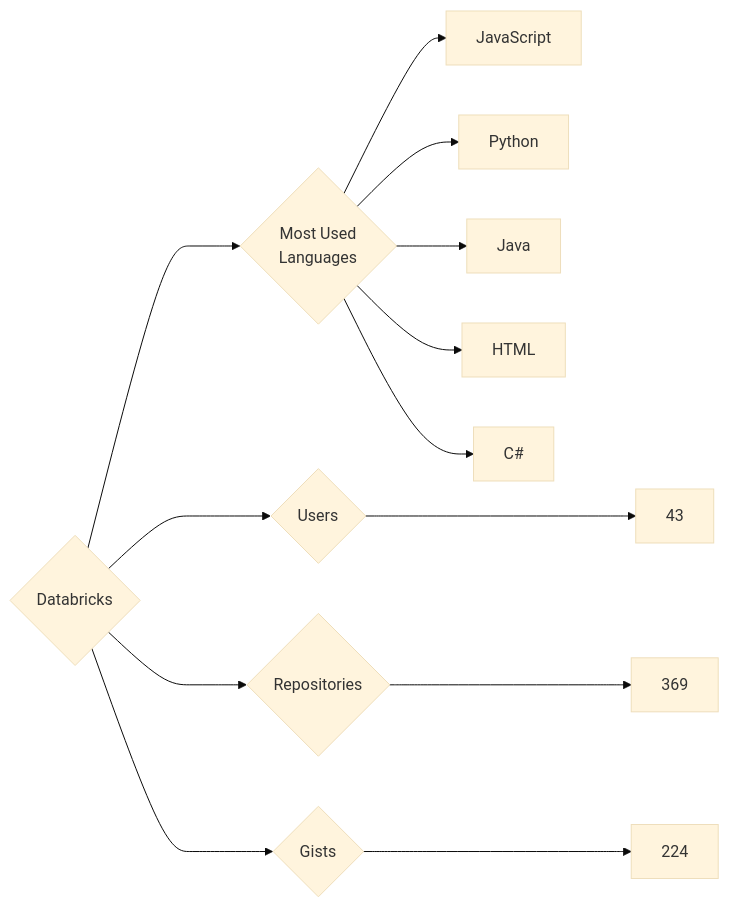
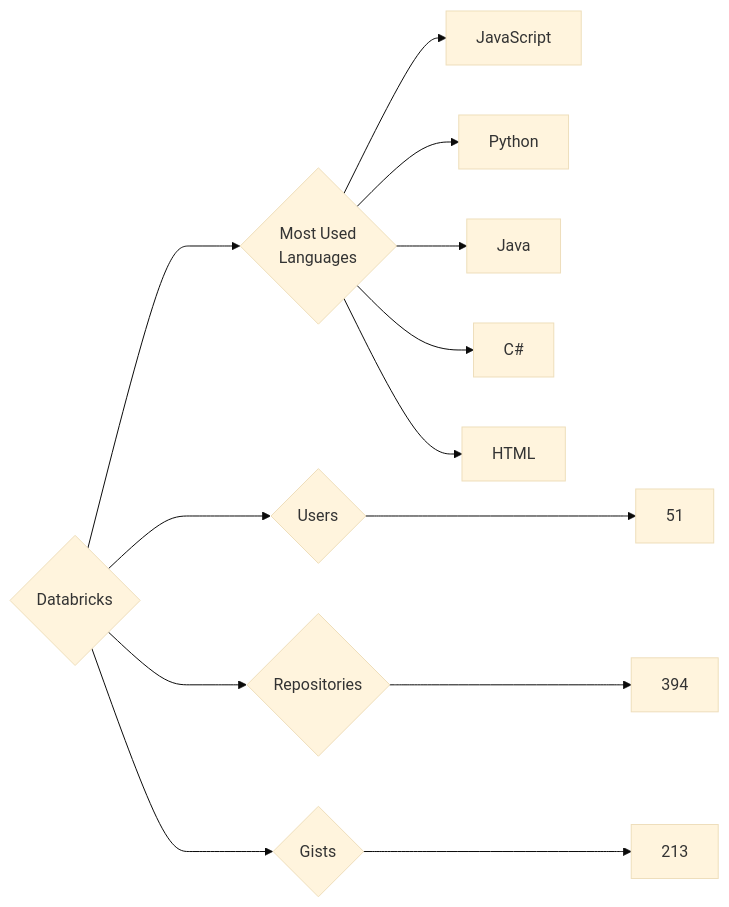
The diagram in targets/Databricks/README.md (trickest/insiders), drawn with Mermaid (base theme) before and after one commit. The commit also changed 851 other files, not shown here.

````diff
--- a/targets/Databricks/README.md
+++ b/targets/Databricks/README.md
@@ -3,13 +3,13 @@
 ```mermaid
 graph LR
 COMPANY_NAME{Databricks}
-COMPANY_NAME ---> U{Users} ---> UN[43]
-COMPANY_NAME ---> R{Repositories} ---> RN[369]
-COMPANY_NAME ---> G{Gists} ---> GN[224]
+COMPANY_NAME ---> U{Users} ---> UN[51]
+COMPANY_NAME ---> R{Repositories} ---> RN[394]
+COMPANY_NAME ---> G{Gists} ---> GN[213]
 COMPANY_NAME ---> ML{Most Used<br>Languages}
 ML --> JavaScript[JavaScript]
 ML --> Python[Python]
 ML --> Java[Java]
+ML --> C#[C#]
 ML --> HTML[HTML]
-ML --> C#[C#]
 ```
````
